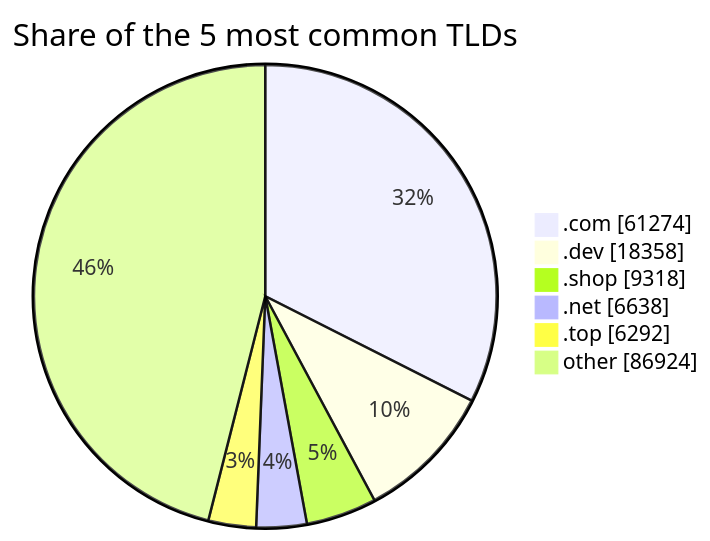
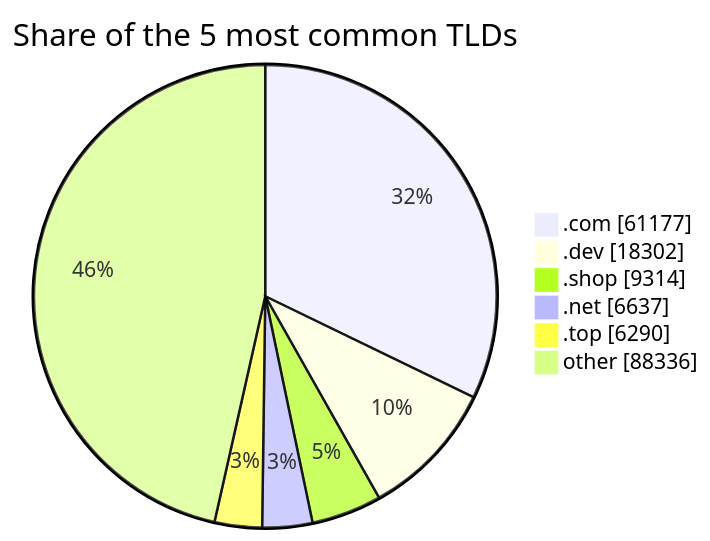
One commit to DNSBunker/CTI changed the third of 3 diagrams in README.md. Above: the diagram before and after it, drawn with Mermaid. The commit also changed other lines of this file and 3 other files, not shown here.

````diff
--- a/README.md
+++ b/README.md
@@ -81,9 +81,9 @@
 ```mermaid
 pie showData title Share of the 5 most common TLDs
-    ".com" : 61274
-    ".dev" : 18358
-    ".shop" : 9318
-    ".net" : 6638
-    ".top" : 6292
-    "other" : 86924
+    ".com" : 61177
+    ".dev" : 18302
+    ".shop" : 9314
+    ".net" : 6637
+    ".top" : 6290
+    "other" : 88336
 ```
````
